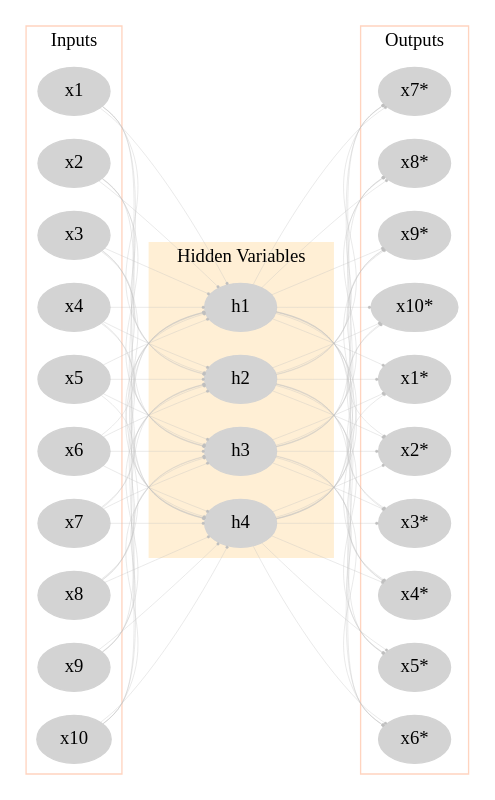
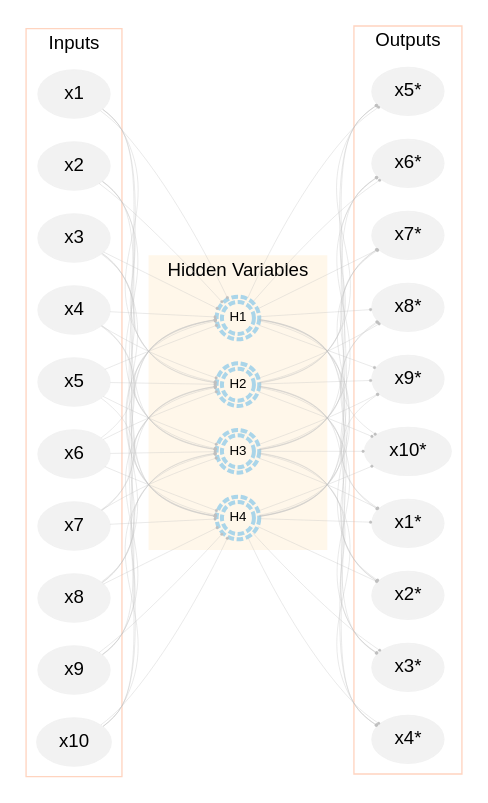
Before and after one commit to m-clark/book-of-models: the diagram in ml_more.qmd, drawn with Graphviz. The commit also changed other lines of this file, not shown here.

````diff
--- a/ml_more.qmd
+++ b/ml_more.qmd
@@ -44,129 +102,136 @@
 ```{dot}
 //| echo: false
 //| eval: false
-
-
-
+//| 
 digraph pca {
     rankdir=LR;
     rank=same;
-    node [shape=oval, style=filled, color=lightblue, ordering=out];
+    node [shape=oval style=filled color=lightblue ordering=out fontname=Helvetica];
     edge [color=gray75 arrowhead=dot arrowsize=0.25 penwidth=0.25];
 
     subgraph cluster_inputs {
         color= "#ff550040";
         label="Inputs";
-        node [color=lightgray ordering=out];
+        fontname=Helvetica;
+        node [color=gray95 ordering=out];
         x5; x6; x7; x8; x9; x10; x1; x2; x3; x4; 
     }
 
     subgraph cluster_hidden {
-        bgcolor="papayawhip"
+        fontname=Helvetica;
+        bgcolor="#FFEFD580"
         color=transparent;
         label="Hidden Variables";
-        node [color=lightgray];
-        h1; h2; h3; h4;
+        node [fixedsize=True fontsize =10 width=.33 color = "#56B4E980" shape=doublecircle style=dashed penwidth=3];
+        H1; H2; H3; H4;
     }
 
     subgraph cluster_outputs {
+        fontname=Helvetica;
         color= "#ff550040";
         label="Outputs";
-        node [color=lightgray ];
-        y5 [label = "x5*"]; y6[label = "x6*"]; y7[label = "x7*"]; y8[label = "x8*"]; y9[label = "x9*"]; y10[label = "x10*"]; y1[label = "x1*"]; y2[label = "x2*"]; y3[label = "x3*"]; y4[label = "x4*"]; 
+        node [color=gray95 ];
+              
+        
+        y9[label = "x9*"]; y10[label = "x10*"]; 
+        y1[label = "x1*"]; y2[label = "x2*"]; 
+        y3[label = "x3*"]; y4[label = "x4*"]; 
+        y5 [label = "x5*"]; y6[label = "x6*"];  
+        y7[label = "x7*"]; y8[label = "x8*"]; 
     }
 
-    x1 -> h1;
-    x2 -> h1;
-    x3 -> h1;
-    x4 -> h1;
-    x5 -> h1;
-    x6 -> h1;
-    x7 -> h1;
-    x8 -> h1;
-    x9 -> h1;
-    x10 -> h1;
+    x1 -> H1;
+    x2 -> H1;
+    x3 -> H1;
+    x4 -> H1;
+    x5 -> H1;
+    x6 -> H1;
+    x7 -> H1;
+    x8 -> H1;
+    x9 -> H1;
+    x10 -> H1;
 
-    x1 -> h2;
-    x2 -> h2;
-    x3 -> h2;
-    x4 -> h2;
-    x5 -> h2;
-    x6 -> h2;
-    x7 -> h2;
-    x8 -> h2;
-    x9 -> h2;
-    x10 -> h2;
+    x1 -> H2;
+    x2 -> H2;
+    x3 -> H2;
+    x4 -> H2;
+    x5 -> H2;
+    x6 -> H2;
+    x7 -> H2;
+    x8 -> H2;
+    x9 -> H2;
+    x10 -> H2;
 
-    x1 -> h3;
-    x2 -> h3;
-    x3 -> h3;
-    x4 -> h3;
-    x5 -> h3;
-    x6 -> h3;
-    x7 -> h3;
-    x8 -> h3;
-    x9 -> h3;
-    x10 -> h3;
+    x1 -> H3;
+    x2 -> H3;
+    x3 -> H3;
+    x4 -> H3;
+    x5 -> H3;
+    x6 -> H3;
+    x7 -> H3;
+    x8 -> H3;
+    x9 -> H3;
+    x10 -> H3;
 
-    x1 -> h4;
-    x2 -> h4;
-    x3 -> h4;
-    x4 -> h4;
-    x5 -> h4;
-    x6 -> h4;
-    x7 -> h4;
-    x8 -> h4;
-    x9 -> h4;
-    x10 -> h4;
+    x1 -> H4;
+    x2 -> H4;
+    x3 -> H4;
+    x4 -> H4;
+    x5 -> H4;
+    x6 -> H4;
+    x7 -> H4;
+    x8 -> H4;
+    x9 -> H4;
+    x10 -> H4;
 
-    h1 -> y1;
-    h2 -> y1;
-    h3 -> y1;
-    h4 -> y1;
+    H1 -> y1;
+    H2 -> y1;
+    H3 -> y1;
+    H4 -> y1;
     
-    h1 -> y2;
-    h2 -> y2;
-    h3 -> y2;
-    h4 -> y2;
+    H1 -> y2;
+    H2 -> y2;
+    H3 -> y2;
+    H4 -> y2;
 
-    h1 -> y3;
-    h2 -> y3;
-    h3 -> y3;
-    h4 -> y3;
+    H1 -> y3;
+    H2 -> y3;
+    H3 -> y3;
+    H4 -> y3;
 
-    h1 -> y4;
-    h2 -> y4;
-    h3 -> y4;
-    h4 -> y4;
+    H1 -> y4;
+    H2 -> y4;
+    H3 -> y4;
+    H4 -> y4;
 
-    h1 -> y5;
-    h2 -> y5;
-    h3 -> y5;
-    h4 -> y5;
+    H1 -> y5;
+    H2 -> y5;
+    H3 -> y5;
+    H4 -> y5;
 
-    h1 -> y6;
-    h2 -> y6;
-    h3 -> y6;
-    h4 -> y6;
+    H1 -> y6;
+    H2 -> y6;
+    H3 -> y6;
+    H4 -> y6;
 
-    h1 -> y7;
-    h2 -> y7;
-    h3 -> y7;
-    h4 -> y7;
+    H1 -> y7;
+    H2 -> y7;
+    H3 -> y7;
+    H4 -> y7;
 
-    h1 -> y8;
-    h2 -> y8;
-    h3 -> y8;
-    h4 -> y8;
+    H1 -> y8;
+    H2 -> y8;
+    H3 -> y8;
+    H4 -> y8;
 
-    h1 -> y9;
-    h2 -> y9;
-    h3 -> y9;
-    h4 -> y9;
+    H1 -> y9;
+    H2 -> y9;
+    H3 -> y9;
+    H4 -> y9;
 
-    h1 -> y10;
-    h2 -> y10;
-    h3 -> y10;
-    h4 -> y10;
+    H1 -> y10;
+    H2 -> y10;
+    H3 -> y10;
+    H4 -> y10;
 }
 ```
````
